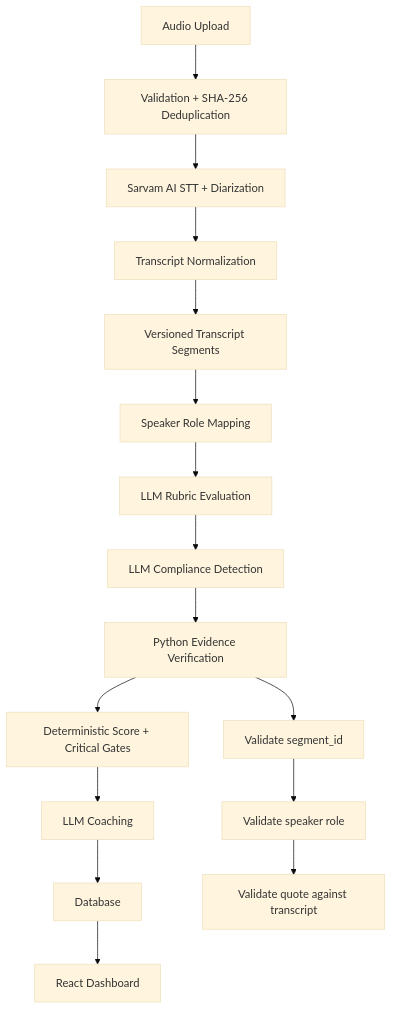
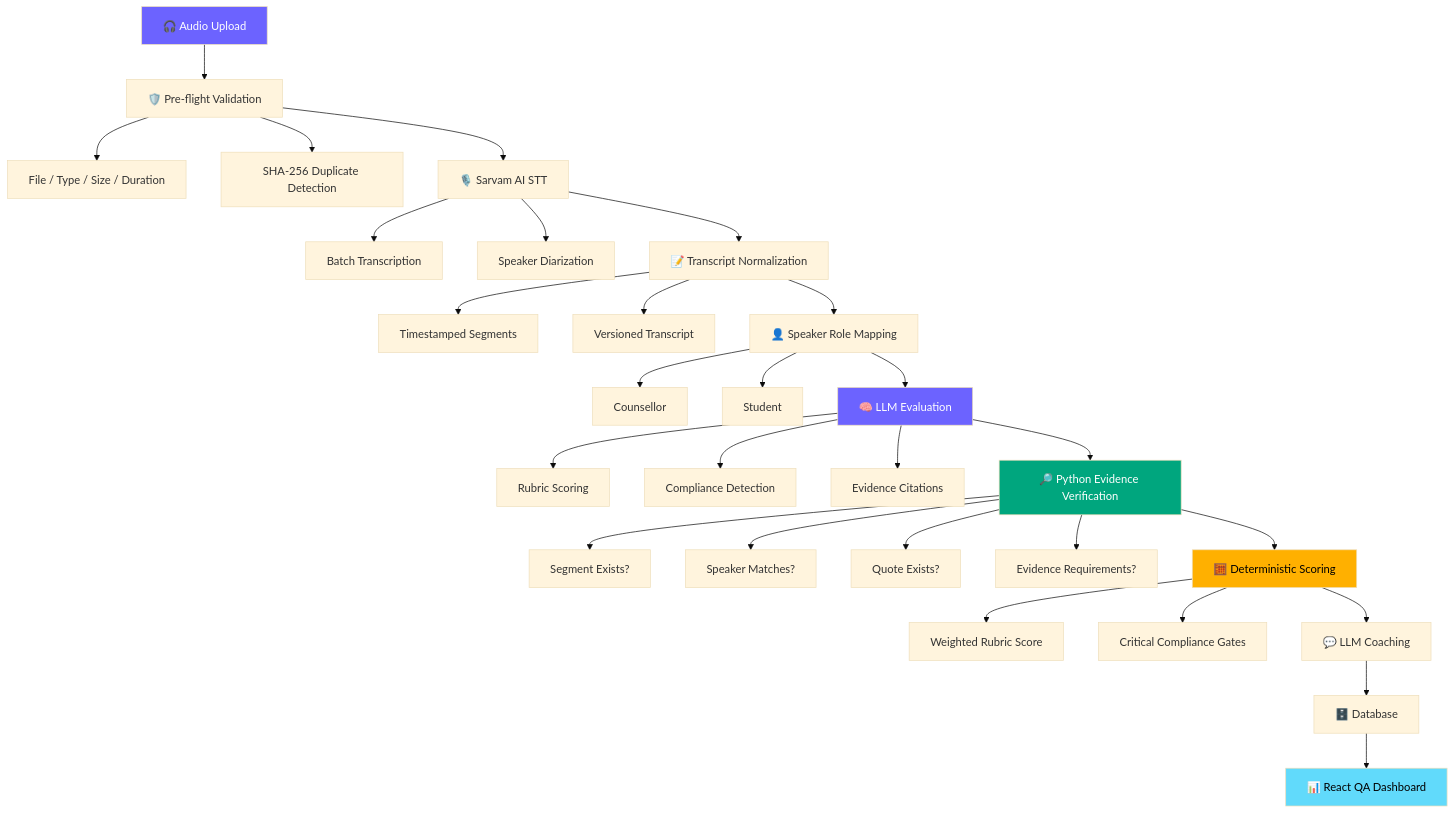
The first of 4 diagrams in README.md (AdityaYad12047/PW-QA-Sales-Agent), drawn with Mermaid (base theme) before and after one commit. The commit also changed other lines of this file, not shown here.

````diff
--- a/README.md
+++ b/README.md
@@ -87,19 +226,53 @@
 ```mermaid
 flowchart TD
-    A[Audio Upload] --> B[Validation + SHA-256 Deduplication]
-    B --> C[Sarvam AI STT + Diarization]
-    C --> D[Transcript Normalization]
-    D --> E[Versioned Transcript Segments]
-    E --> F[Speaker Role Mapping]
-    F --> G[LLM Rubric Evaluation]
-    G --> H[LLM Compliance Detection]
-    H --> I[Python Evidence Verification]
-    I --> J[Deterministic Score + Critical Gates]
-    J --> K[LLM Coaching]
-    K --> L[Database]
-    L --> M[React Dashboard]
 
-    I --> I1[Validate segment_id]
-    I1 --> I2[Validate speaker role]
-    I2 --> I3[Validate quote against transcript]
+    A["🎧 Audio Upload"] --> B["🛡️ Pre-flight Validation"]
+
+    B --> B1["File / Type / Size / Duration"]
+    B --> B2["SHA-256 Duplicate Detection"]
+
+    B --> C["🎙️ Sarvam AI STT"]
+
+    C --> C1["Batch Transcription"]
+    C --> C2["Speaker Diarization"]
+
+    C --> D["📝 Transcript Normalization"]
+
+    D --> D1["Timestamped Segments"]
+    D --> D2["Versioned Transcript"]
+
+    D --> E["👤 Speaker Role Mapping"]
+
+    E --> E1["Counsellor"]
+    E --> E2["Student"]
+
+    E --> F["🧠 LLM Evaluation"]
+
+    F --> F1["Rubric Scoring"]
+    F --> F2["Compliance Detection"]
+    F --> F3["Evidence Citations"]
+
+    F --> G["🔎 Python Evidence Verification"]
+
+    G --> G1["Segment Exists?"]
+    G --> G2["Speaker Matches?"]
+    G --> G3["Quote Exists?"]
+    G --> G4["Evidence Requirements?"]
+
+    G --> H["🧮 Deterministic Scoring"]
+
+    H --> H1["Weighted Rubric Score"]
+    H --> H2["Critical Compliance Gates"]
+
+    H --> I["💬 LLM Coaching"]
+
+    I --> J["🗄️ Database"]
+
+    J --> K["📊 React QA Dashboard"]
+
+    style A fill:#6C63FF,color:#fff
+    style F fill:#6C63FF,color:#fff
+    style G fill:#00A67E,color:#fff
+    style H fill:#FFB000,color:#000
+    style K fill:#61DAFB,color:#000
 ```
````
